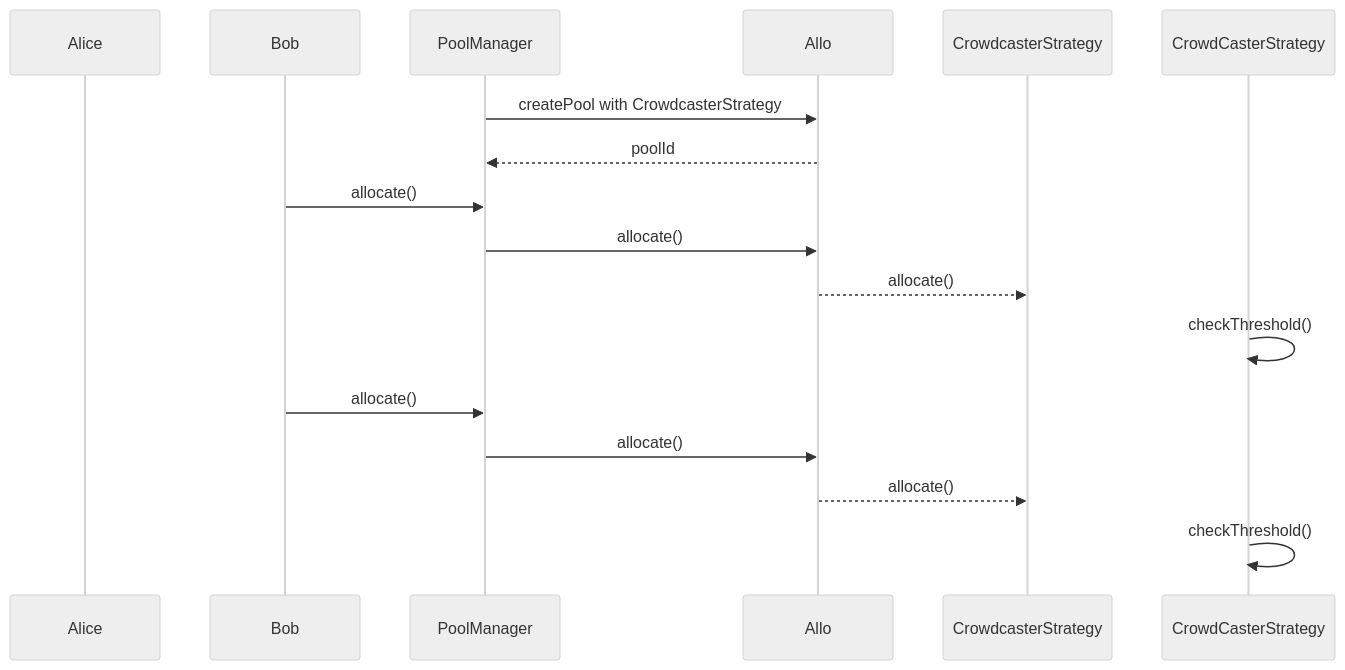
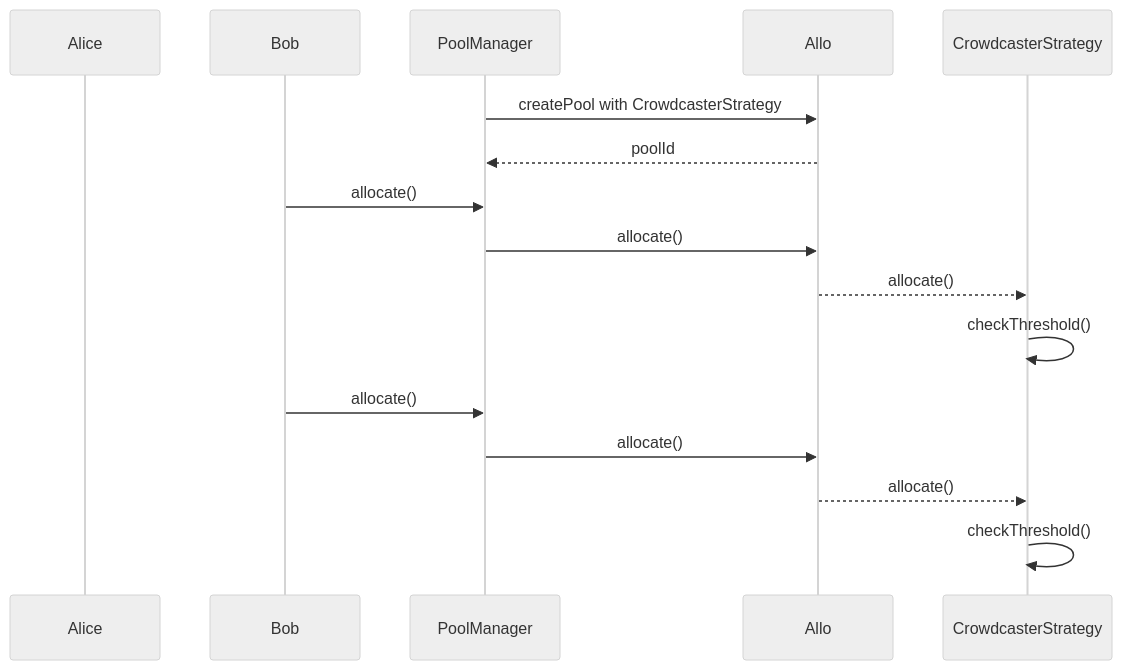
One commit to crowdcaster/contracts changed the diagram in README.md. Above: the diagram before and after it, drawn with Mermaid (neutral theme).

````diff
--- a/README.md
+++ b/README.md
@@ -12,19 +12,19 @@
 ```mermaid
 sequenceDiagram
     participant Alice
     participant Bob
     participant PoolManager
     participant Allo
     participant CrowdcasterStrategy
 
     PoolManager->>Allo: createPool with CrowdcasterStrategy
     Allo-->>PoolManager: poolId
     Bob ->> PoolManager: allocate()
     PoolManager->>Allo: allocate()
     Allo-->>CrowdcasterStrategy: allocate()
-    CrowdCasterStrategy ->> CrowdCasterStrategy: checkThreshold()
+    CrowdcasterStrategy ->> CrowdcasterStrategy: checkThreshold()
     Bob ->> PoolManager: allocate()
     PoolManager->>Allo: allocate()
     Allo-->>CrowdcasterStrategy: allocate()
-    CrowdCasterStrategy ->> CrowdCasterStrategy: checkThreshold()
+    CrowdcasterStrategy ->> CrowdcasterStrategy: checkThreshold()
 ```
````
